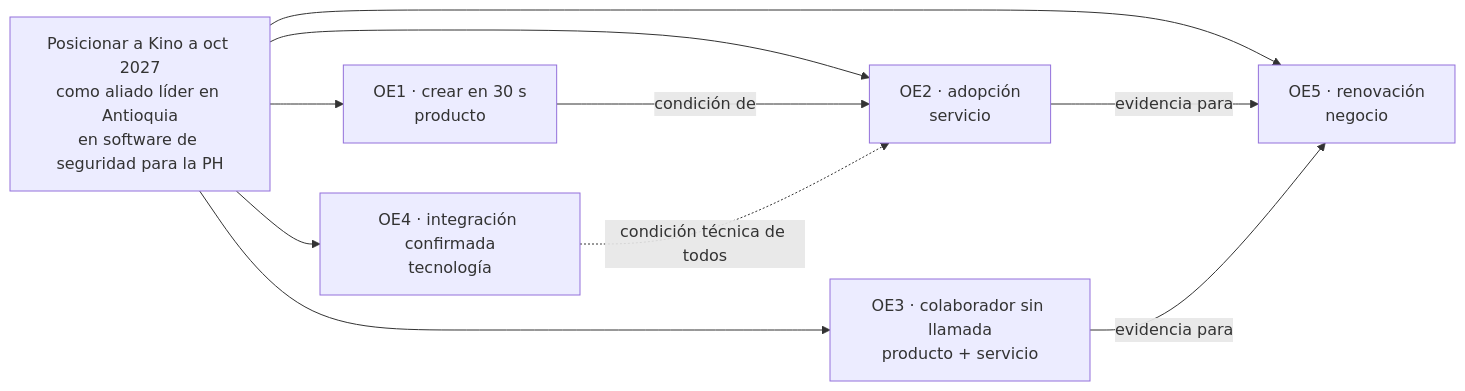
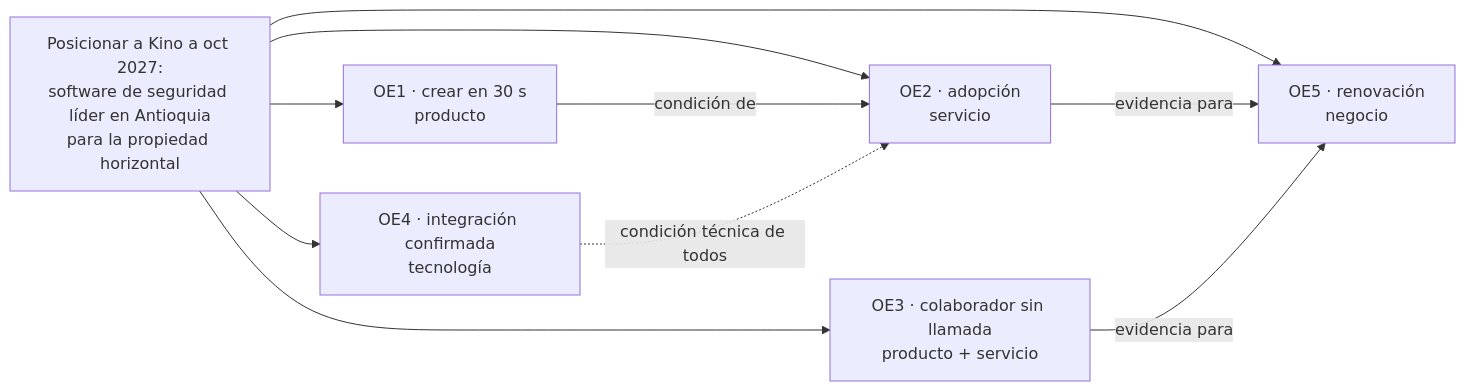
Before and after one commit to Amonsalvem/kino: the first of 2 diagrams in entrega-3/estrategia.md, drawn with Mermaid. The commit also changed other lines of this file and 9 other files, not shown here.

````diff
--- a/entrega-3/estrategia.md
+++ b/entrega-3/estrategia.md
@@ -126,12 +126,12 @@
 ```mermaid
 flowchart LR
-  G[Posicionar a Kino a oct 2027<br/>como aliado líder en Antioquia<br/>en software de seguridad para la PH] --> OE1[OE1 · crear en 30 s<br/>producto]
+  G[Posicionar a Kino a oct 2027:<br/>software de seguridad líder en Antioquia<br/>para la propiedad horizontal] --> OE1[OE1 · crear en 30 s<br/>producto]
   G --> OE2[OE2 · adopción<br/>servicio]
   G --> OE3[OE3 · colaborador sin llamada<br/>producto + servicio]
   G --> OE4[OE4 · integración confirmada<br/>tecnología]
   G --> OE5[OE5 · renovación<br/>negocio]
   OE1 -->|condición de| OE2
   OE2 -->|evidencia para| OE5
   OE3 -->|evidencia para| OE5
   OE4 -.->|condición técnica de todos| OE2
 ```
````
